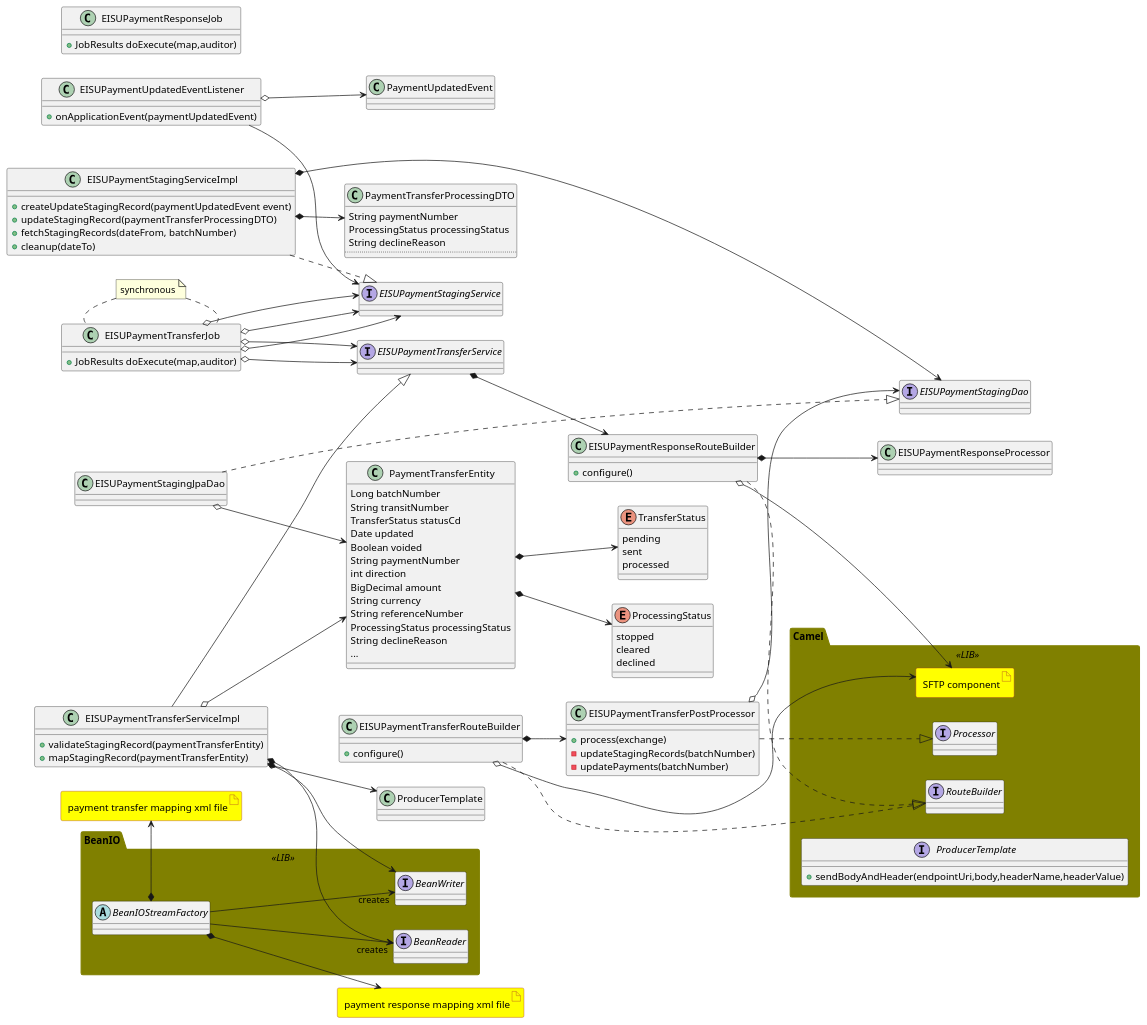
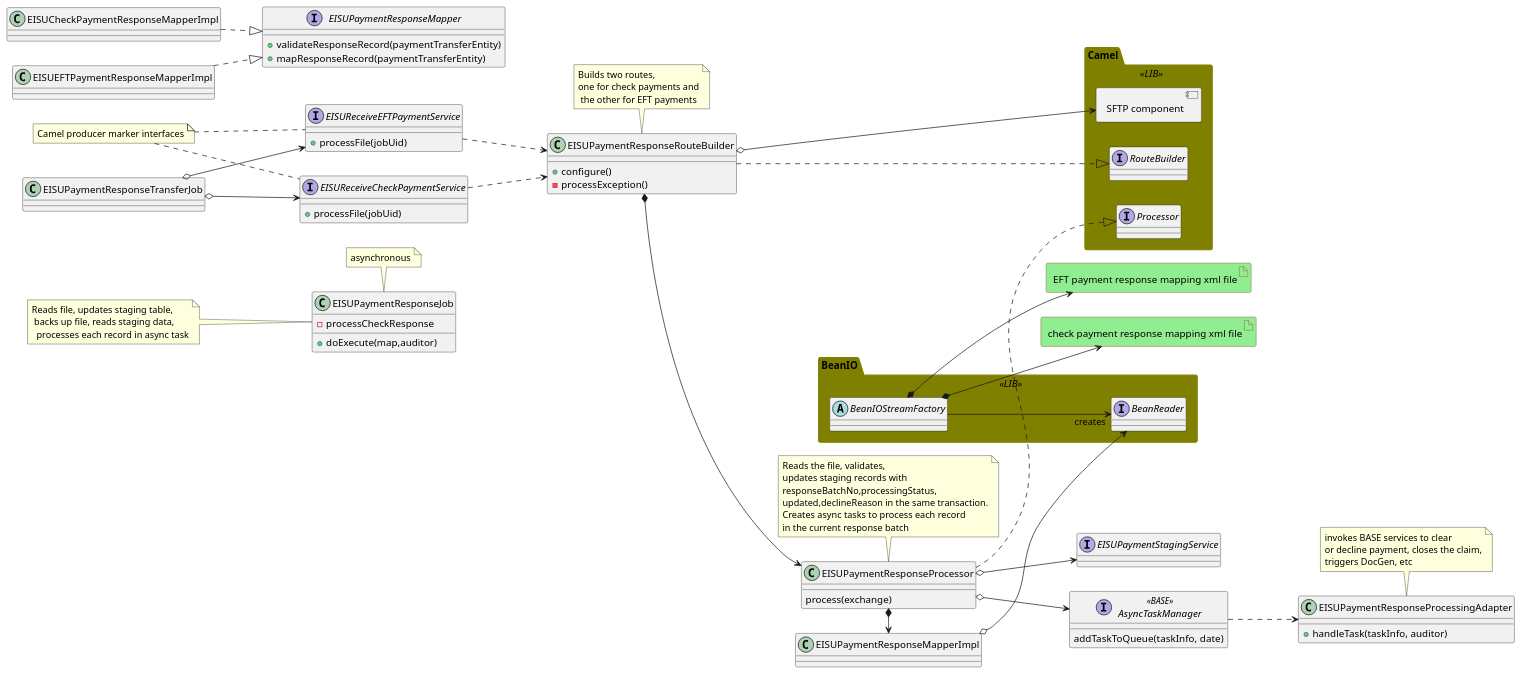
Before and after one commit to evgueni-spb/bootcamp: the diagram in eft-response-class-diagram.puml, drawn with PlantUML. The commit also changed 5 other files, not shown here.

Commit message:
added response and clearing class diagrams, modified staging, transfer and deployment diagrams

```diff
--- a/eft-response-class-diagram.puml
+++ b/eft-response-class-diagram.puml
@@ -1,173 +1,158 @@
 @startuml
 allowmixing
 
 left to right direction
 
 
 
 skinparam package {
   BackgroundColor<<LIB>> olive
   BorderColor<<LIB>> olive
 }
 
 skinparam artifact {
-  BackgroundColor yellow
+  BackgroundColor lightgreen
   BorderColor brown
 }
 
-enum TransferStatus {
-pending
-sent
-processed
+
+interface EISUPaymentStagingService
+
+
+class EISUPaymentResponseJob {
++doExecute(map,auditor)
+-processCheckResponse
+}
+note "asynchronous" as S
+S . EISUPaymentResponseJob
+
+note as PR
+Reads file, updates staging table,
+ backs up file, reads staging data,
+  processes each record in async task
+end note
+
+PR .. EISUPaymentResponseJob
+
+EISUPaymentResponseTransferJob o--> EISUReceiveCheckPaymentService
+EISUPaymentResponseTransferJob o--> EISUReceiveEFTPaymentService
+EISUPaymentResponseProcessor o--> EISUPaymentStagingService
+
+
+interface EISUReceiveCheckPaymentService {
++processFile(jobUid)
 }
 
-enum ProcessingStatus {
-stopped
-cleared
-declined
+note "Camel producer marker interfaces" as P
+P .. EISUReceiveCheckPaymentService
+P . EISUReceiveEFTPaymentService
+
+interface EISUReceiveEFTPaymentService {
++processFile(jobUid)
 }
 
-class PaymentUpdatedEvent
-class PaymentTransferEntity {
-Long batchNumber
-String transitNumber
-TransferStatus statusCd
-Date updated
-Boolean voided
-String paymentNumber
-int direction
-BigDecimal amount
-String currency
-String referenceNumber
-ProcessingStatus processingStatus
-String declineReason
-...
+EISUReceiveCheckPaymentService ..> EISUPaymentResponseRouteBuilder
+EISUReceiveEFTPaymentService ..> EISUPaymentResponseRouteBuilder
+
+package Camel <<LIB>> {
+component "SFTP component"
+interface RouteBuilder
+interface Processor
 }
 
 
-PaymentTransferEntity *--> TransferStatus
-PaymentTransferEntity *--> ProcessingStatus
-
-EISUPaymentTransferJob o--> EISUPaymentStagingService
-
-
-
-class EISUPaymentUpdatedEventListener {
-+onApplicationEvent(paymentUpdatedEvent)
+class EISUPaymentResponseRouteBuilder {
++configure()
+-processException()
 }
 
-EISUPaymentUpdatedEventListener o--> PaymentUpdatedEvent
+note as B
+ Builds two routes,
+ one for check payments and
+  the other for EFT payments
+end note
+B . EISUPaymentResponseRouteBuilder
 
-interface EISUPaymentStagingService
-class EISUPaymentStagingServiceImpl{
-+createUpdateStagingRecord(paymentUpdatedEvent event)
-+updateStagingRecord(paymentTransferProcessingDTO)
-+fetchStagingRecords(dateFrom, batchNumber)
-+cleanup(dateTo)
-}
-
-EISUPaymentStagingServiceImpl *--> PaymentTransferProcessingDTO
-
-class EISUPaymentTransferJob {
-+JobResults doExecute(map,auditor)
-}
-note "synchronous" as S
-S . EISUPaymentTransferJob
-
-class EISUPaymentResponseJob {
-+JobResults doExecute(map,auditor)
-}
-S . EISUPaymentTransferJob
-
-EISUPaymentTransferJob o--> EISUPaymentTransferService
-EISUPaymentTransferJob o--> EISUPaymentStagingService
+EISUPaymentResponseRouteBuilder ..|> RouteBuilder
+EISUPaymentResponseRouteBuilder *--> EISUPaymentResponseProcessor
+EISUPaymentResponseRouteBuilder o--> "SFTP component"
 
 
 
 
-interface EISUPaymentTransferService
-class EISUPaymentTransferServiceImpl{
-+validateStagingRecord(paymentTransferEntity)
-+mapStagingRecord(paymentTransferEntity)
+
+interface EISUPaymentResponseMapper {
+ +validateResponseRecord(paymentTransferEntity)
+ +mapResponseRecord(paymentTransferEntity)
 }
 
-EISUPaymentTransferServiceImpl o--> ProducerTemplate
-EISUPaymentTransferServiceImpl o--> PaymentTransferEntity
-EISUPaymentStagingJpaDao o--> PaymentTransferEntity
+class EISUCheckPaymentResponseMapperImpl
+EISUCheckPaymentResponseMapperImpl ..|>  EISUPaymentResponseMapper
+class EISUEFTPaymentResponseMapperImpl
+EISUEFTPaymentResponseMapperImpl ..|>  EISUPaymentResponseMapper
 
-package Camel <<LIB>> {
-artifact "SFTP component"
-interface RouteBuilder
-interface Processor
-interface ProducerTemplate {
-+sendBodyAndHeader(endpointUri,body,headerName,headerValue)
-}
+
+class EISUPaymentResponseProcessor{
+process(exchange)
 }
 
-EISUPaymentTransferService *--> EISUPaymentResponseRouteBuilder
+note as PRP
+ Reads the file, validates,
+ updates staging records with
+ responseBatchNo,processingStatus,
+ updated,declineReason in the same transaction.
+ Creates async tasks to process each record
+ in the current response batch
+end note
+
+PRP . EISUPaymentResponseProcessor
+
+interface AsyncTaskManager<<BASE>> {
+addTaskToQueue(taskInfo, date)
+}
+
+EISUPaymentResponseProcessor o--> AsyncTaskManager
+
+class EISUPaymentResponseProcessingAdapter {
++handleTask(taskInfo, auditor)
+}
+
+note as PRA
+ invokes BASE services to clear
+ or decline payment, closes the claim,
+ triggers DocGen, etc
+end note
+
+PRA . EISUPaymentResponseProcessingAdapter
+
+AsyncTaskManager ..> EISUPaymentResponseProcessingAdapter
+
+EISUPaymentResponseProcessor ..|> Processor
 
 
-class EISUPaymentResponseRouteBuilder {
-+configure()
-}
-EISUPaymentResponseRouteBuilder ..|> RouteBuilder
-EISUPaymentResponseRouteBuilder *--> EISUPaymentResponseProcessor
-EISUPaymentResponseRouteBuilder o--> "SFTP component"
 
-class EISUPaymentTransferRouteBuilder {
-+configure()
-}
-EISUPaymentTransferRouteBuilder ..|> RouteBuilder
-EISUPaymentTransferRouteBuilder *--> EISUPaymentTransferPostProcessor
-EISUPaymentTransferRouteBuilder o--> "SFTP component"
-
-class EISUPaymentTransferPostProcessor {
-+process(exchange)
--updateStagingRecords(batchNumber)
--updatePayments(batchNumber)
-}
-
-EISUPaymentTransferPostProcessor ..|> Processor
-EISUPaymentTransferPostProcessor o--> EISUPaymentStagingDao
+EISUPaymentResponseProcessor *-> EISUPaymentResponseMapperImpl
 
 package BeanIO <<LIB>> {
 abstract class BeanIOStreamFactory
-interface BeanWriter
 interface BeanReader
 
-BeanIOStreamFactory --> "creates" BeanWriter
+
 BeanIOStreamFactory --> "creates" BeanReader
 }
-artifact "payment transfer mapping xml file"
-artifact "payment response mapping xml file"
+
+artifact "EFT payment response mapping xml file"
+artifact "check payment response mapping xml file"
 
 
-EISUPaymentTransferServiceImpl *--> BeanWriter
-EISUPaymentTransferServiceImpl *--> BeanReader
+BeanIOStreamFactory *-->  "EFT payment response mapping xml file"
+BeanIOStreamFactory *--> "check payment response mapping xml file"
 
-BeanIOStreamFactory *-> "payment transfer mapping xml file"
-BeanIOStreamFactory *--> "payment response mapping xml file"
+
+EISUPaymentResponseMapperImpl o--> BeanReader
 
 
 
 
-EISUPaymentTransferJob o--> EISUPaymentStagingService
-EISUPaymentTransferJob o--> EISUPaymentTransferService
 
-EISUPaymentTransferServiceImpl --|> EISUPaymentTransferService
-
-class PaymentTransferProcessingDTO {
-String paymentNumber
-ProcessingStatus processingStatus
-String declineReason
-....
-}
-EISUPaymentStagingServiceImpl ..|> EISUPaymentStagingService
-EISUPaymentUpdatedEventListener --> EISUPaymentStagingService
-
-interface EISUPaymentStagingDao
-class EISUPaymentStagingJpaDao
-EISUPaymentStagingJpaDao ..|> EISUPaymentStagingDao
-
-EISUPaymentStagingServiceImpl *--> EISUPaymentStagingDao
 @enduml
```
